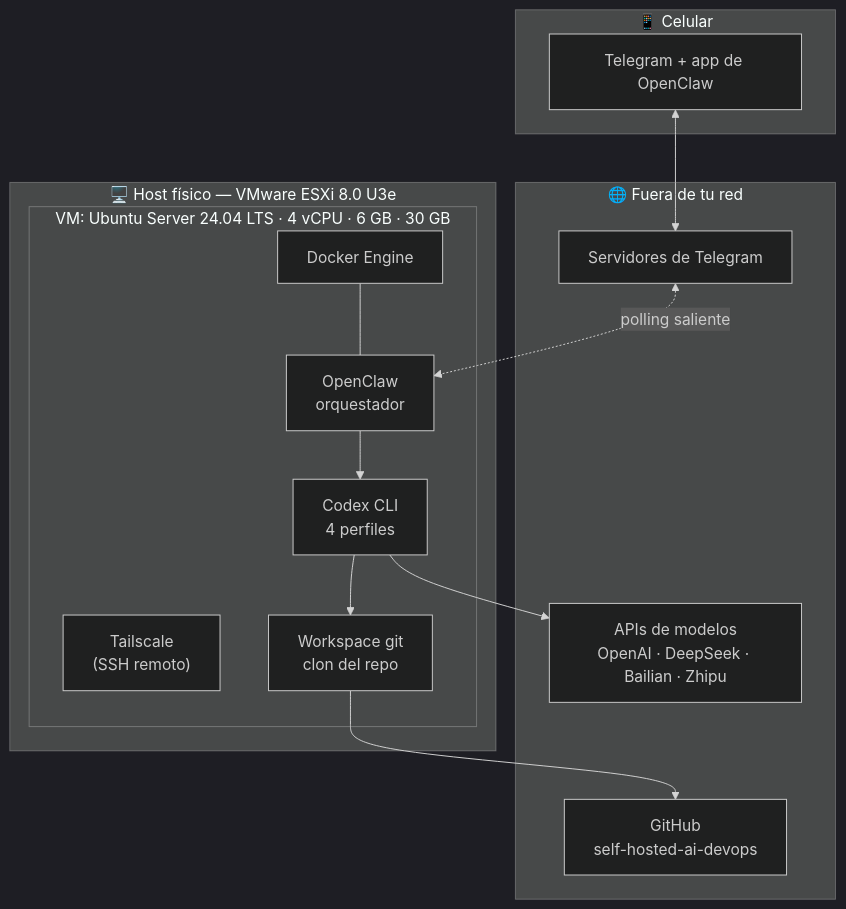
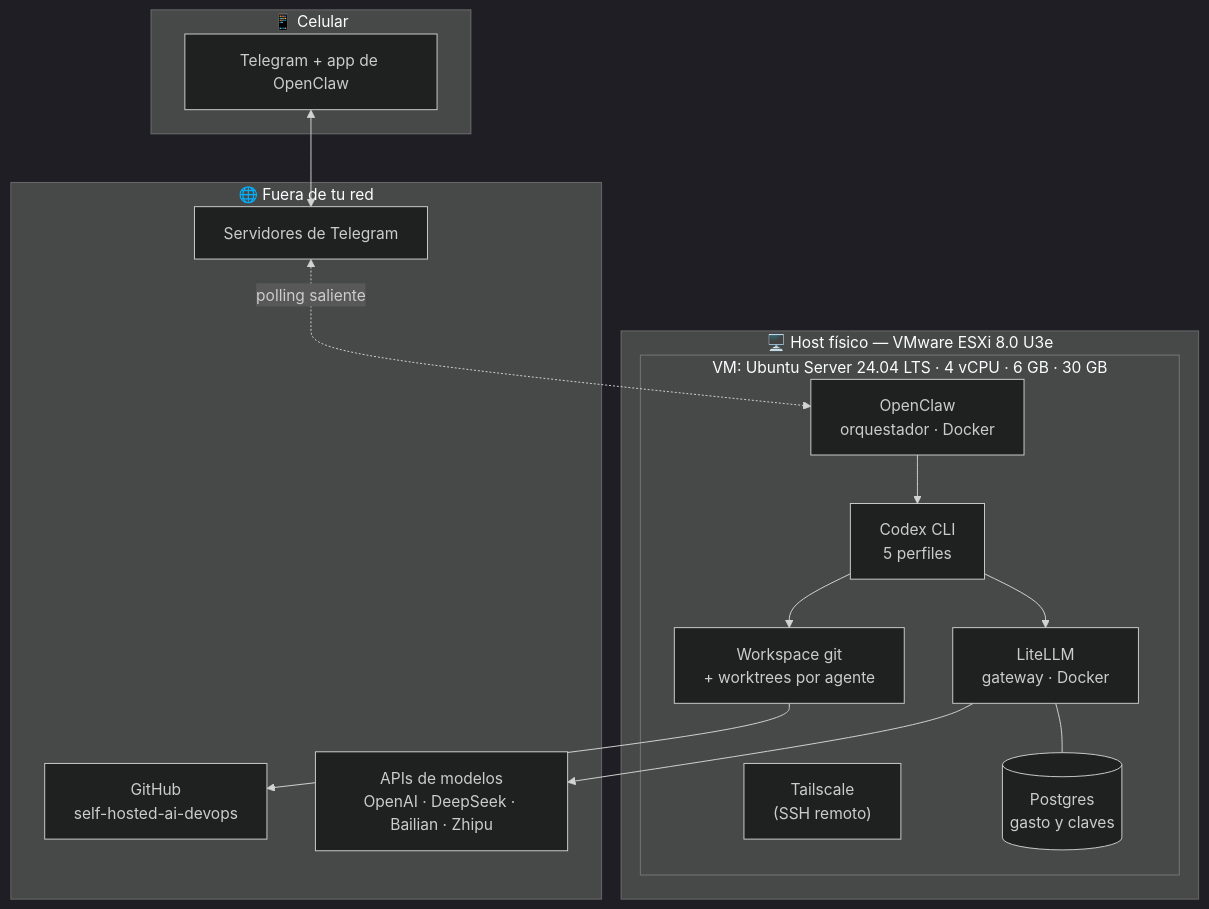
Before and after one commit to marksato13/self-hosted-ai-devops: the first of 4 diagrams in docs/arquitectura.md, drawn with Mermaid (dark theme). The commit also changed other lines of this file and 19 other files, not shown here.

First line of the commit message:
Investigacion del ecosistema: LiteLLM, worktrees, AGENTS.md, gitleaks

````diff
--- a/docs/arquitectura.md
+++ b/docs/arquitectura.md
@@ -9,30 +9,32 @@
 ```mermaid
 flowchart TB
     subgraph EXT["🌐 Fuera de tu red"]
         TG["Servidores de Telegram"]
         GH["GitHub<br/>self-hosted-ai-devops"]
         API["APIs de modelos<br/>OpenAI · DeepSeek · Bailian · Zhipu"]
     end
 
     subgraph CEL["📱 Celular"]
         APP["Telegram + app de OpenClaw"]
     end
 
     subgraph HOST["🖥️ Host físico — VMware ESXi 8.0 U3e"]
         subgraph VM["VM: Ubuntu Server 24.04 LTS · 4 vCPU · 6 GB · 30 GB"]
             TS["Tailscale<br/>(SSH remoto)"]
-            DOCK["Docker Engine"]
-            OC["OpenClaw<br/>orquestador"]
-            CX["Codex CLI<br/>4 perfiles"]
-            WS["Workspace git<br/>clon del repo"]
-            DOCK --- OC
+            OC["OpenClaw<br/>orquestador · Docker"]
+            LL["LiteLLM<br/>gateway · Docker"]
+            PG[("Postgres<br/>gasto y claves")]
+            CX["Codex CLI<br/>5 perfiles"]
+            WS["Workspace git<br/>+ worktrees por agente"]
             OC --> CX
+            CX --> LL
+            LL --- PG
             CX --> WS
         end
     end
 
     APP <--> TG
     TG <-.->|polling saliente| OC
-    CX --> API
+    LL --> API
     WS --> GH
 ```
````
